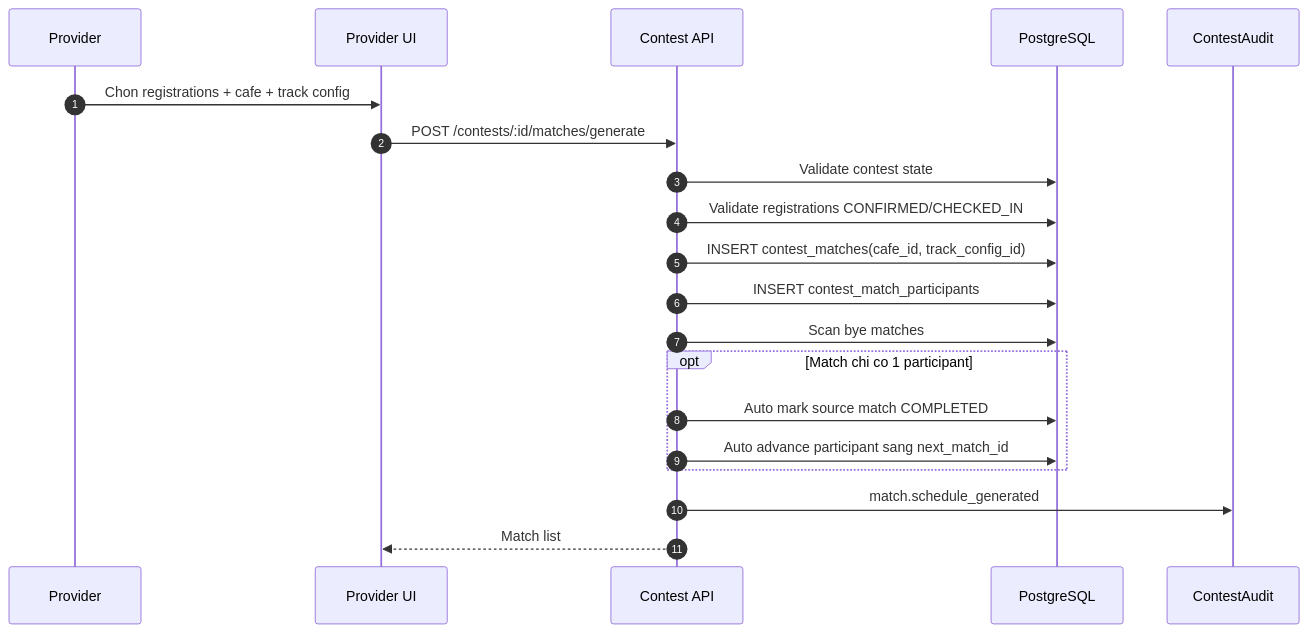
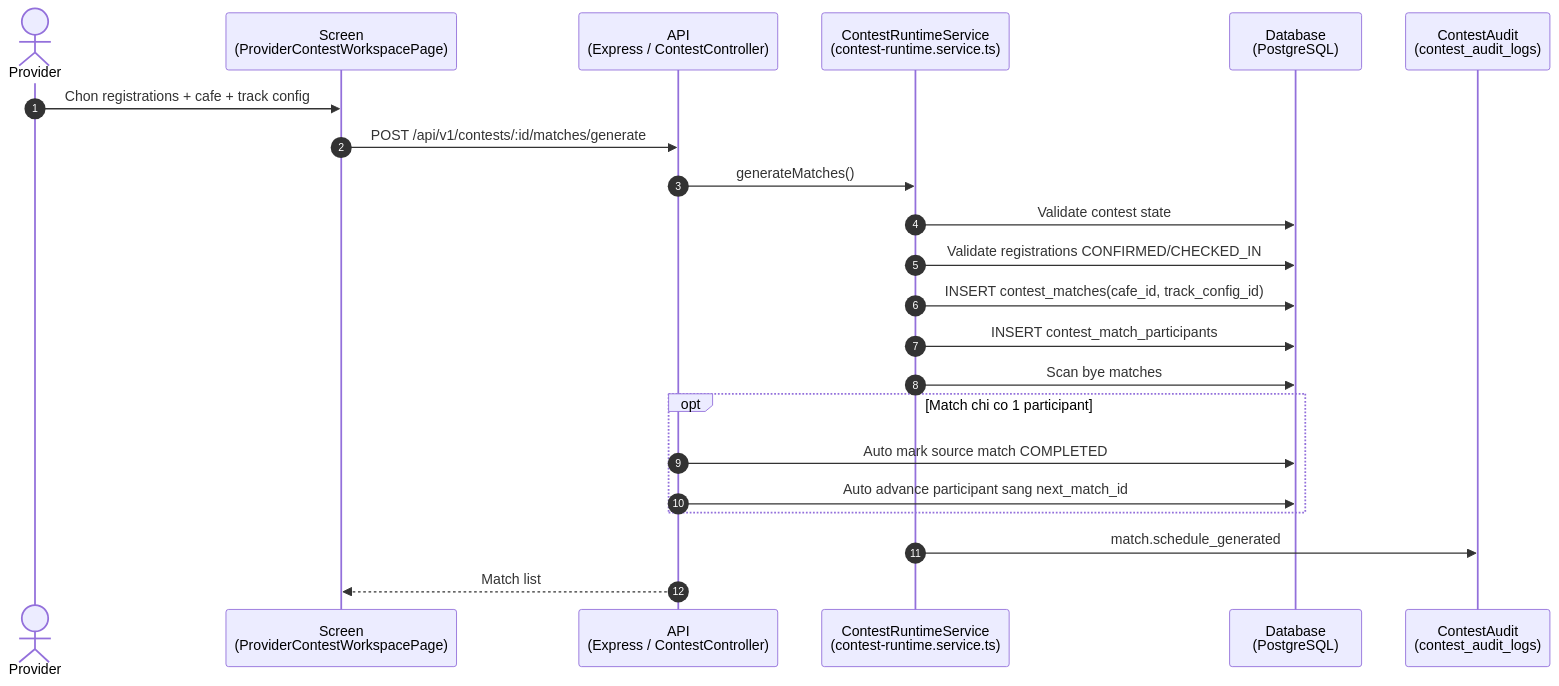
Before and after one commit to RCField-SEP490/rcfield-spec: the fifth of 9 diagrams in docs/diagrams/sequence/sequence-flow-contest-vehicle-operations.md, drawn with Mermaid. The commit also changed other lines of this file and 15 other files, not shown here.

First line of the commit message:
Add sequence flow diagrams for provider, staff, and supporting operations

````diff
--- a/docs/diagrams/sequence/sequence-flow-contest-vehicle-operations.md
+++ b/docs/diagrams/sequence/sequence-flow-contest-vehicle-operations.md
@@ -147,23 +160,25 @@
 ```mermaid
 sequenceDiagram
     autonumber
-    participant P as Provider
-    participant FE as Provider UI
-    participant CAPI as Contest API
-    participant DB as PostgreSQL
-    participant Audit as ContestAudit
+    actor P as Provider
+    participant FE as Screen<br/>(ProviderContestWorkspacePage)
+    participant CAPI as API<br/>(Express / ContestController)
+    participant Runtime as ContestRuntimeService<br/>(contest-runtime.service.ts)
+    participant DB as Database<br/>(PostgreSQL)
+    participant Audit as ContestAudit<br/>(contest_audit_logs)
 
     P->>FE: Chon registrations + cafe + track config
-    FE->>CAPI: POST /contests/:id/matches/generate
-    CAPI->>DB: Validate contest state
-    CAPI->>DB: Validate registrations CONFIRMED/CHECKED_IN
-    CAPI->>DB: INSERT contest_matches(cafe_id, track_config_id)
-    CAPI->>DB: INSERT contest_match_participants
-    CAPI->>DB: Scan bye matches
+    FE->>CAPI: POST /api/v1/contests/:id/matches/generate
+    CAPI->>Runtime: generateMatches()
+    Runtime->>DB: Validate contest state
+    Runtime->>DB: Validate registrations CONFIRMED/CHECKED_IN
+    Runtime->>DB: INSERT contest_matches(cafe_id, track_config_id)
+    Runtime->>DB: INSERT contest_match_participants
+    Runtime->>DB: Scan bye matches
     opt Match chi co 1 participant
         CAPI->>DB: Auto mark source match COMPLETED
         CAPI->>DB: Auto advance participant sang next_match_id
     end
-    CAPI->>Audit: match.schedule_generated
+    Runtime->>Audit: match.schedule_generated
     CAPI-->>FE: Match list
 ```
````
